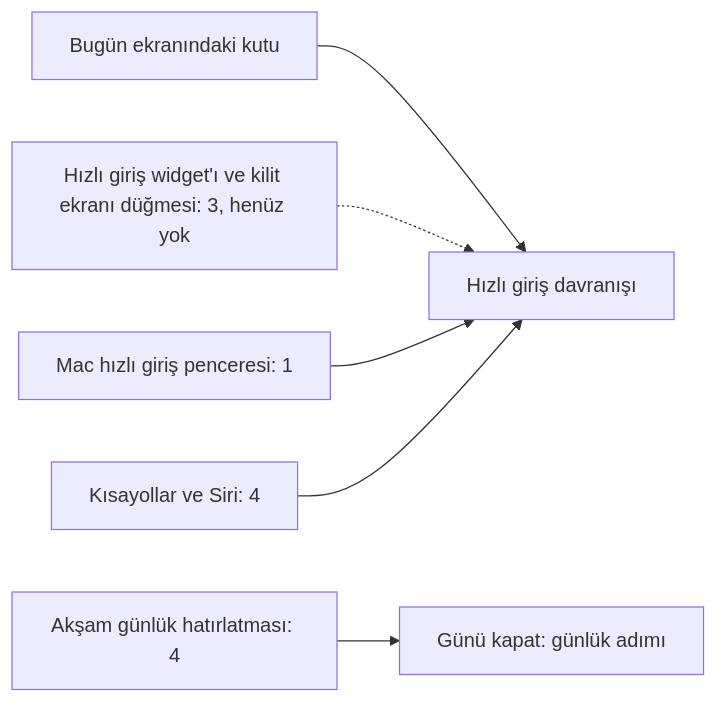
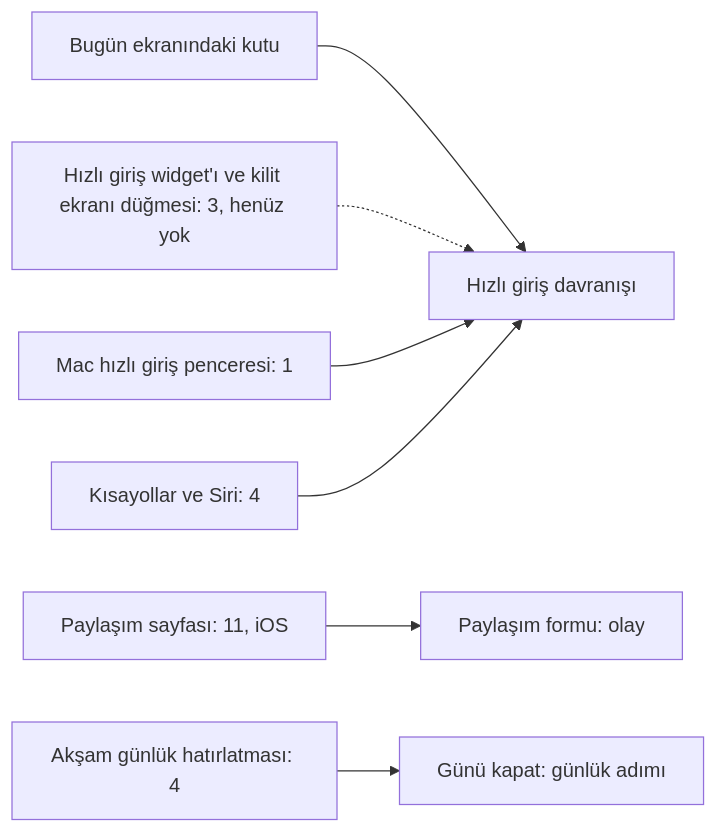
One commit to dogancanyildiz/kenet changed diagram 15 of 18 in docs/screens.md. Above: the diagram before and after it, drawn with Mermaid. The commit also changed other lines of this file and 27 other files, not shown here.

Commit message:
feat: paylaşım uzantısı: iCloud kasasına doğrudan, yerelde kuyrukla olay ekleme (#324)

````diff
--- a/docs/screens.md
+++ b/docs/screens.md
@@ -1287,8 +1288,9 @@
 ```mermaid
 flowchart LR
     Kutu[Bugün ekranındaki kutu] --> HG[Hızlı giriş davranışı]
     Widget[Hızlı giriş widget'ı ve kilit ekranı düğmesi: 3, henüz yok] -.-> HG
     MacPencere[Mac hızlı giriş penceresi: 1] --> HG
     Siri[Kısayollar ve Siri: 4] --> HG
+    Paylasim[Paylaşım sayfası: 11, iOS] --> Form[Paylaşım formu: olay]
     Bildirim[Akşam günlük hatırlatması: 4] --> GunuKapat[Günü kapat: günlük adımı]
 ```
````
